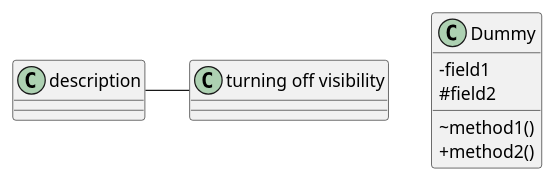
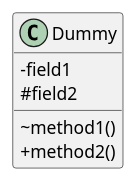
Before and after one commit to sogeuni/_wiki: the eighth of 38 diagrams in PlantUML/클래스-다이어그램.md, drawn with PlantUML. The commit also changed other lines of this file, not shown here.

Commit message:
Updated 클래스 다이어그램 (markdown)

```diff
--- a/PlantUML/클래스-다이어그램.md
+++ b/PlantUML/클래스-다이어그램.md
@@ -199,11 +192,10 @@
 @startuml
-description - "turning off visibility"
 skinparam classAttributeIconSize 0
 class Dummy {
  -field1
  #field2
  ~method1()
  +method2()
 }
 
 @enduml
```
